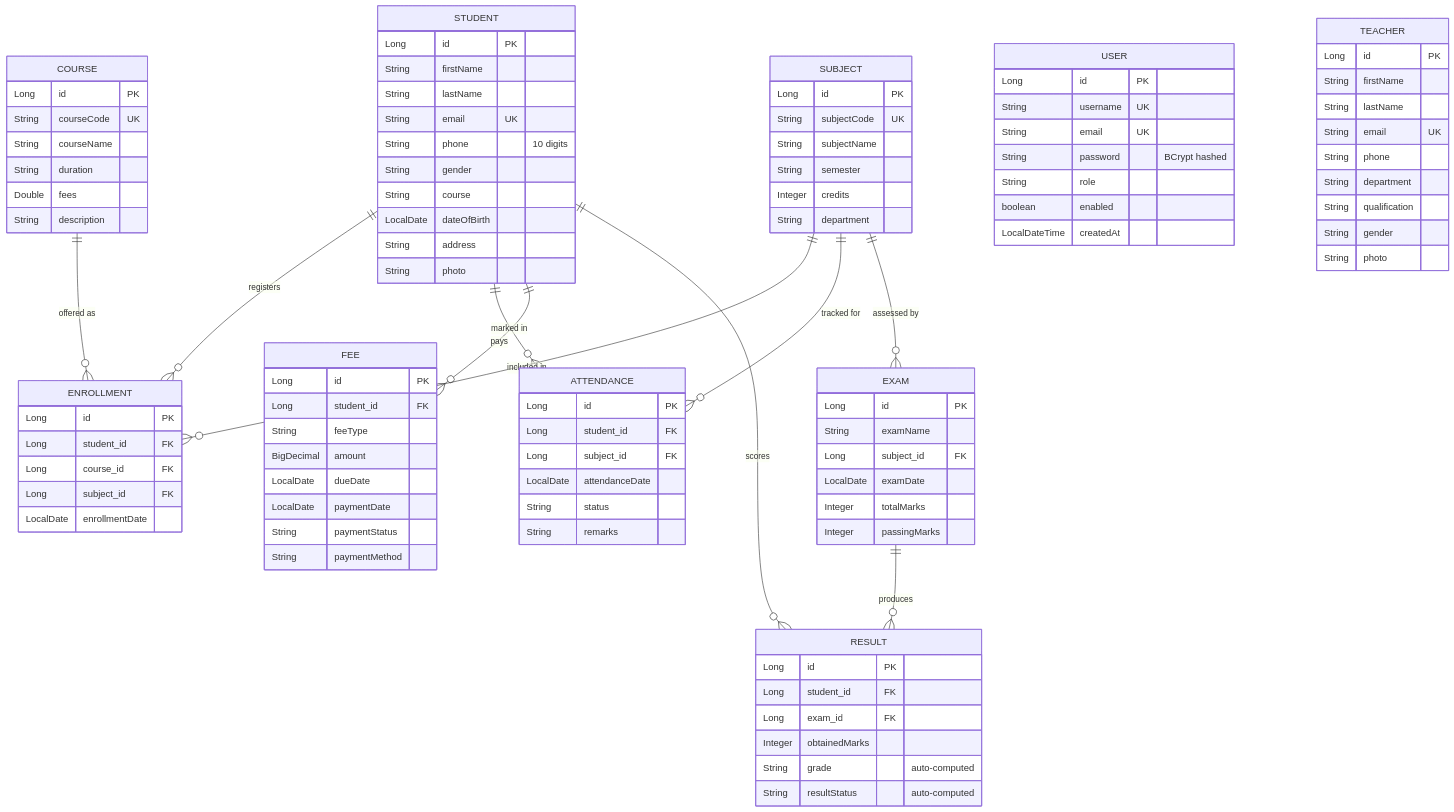
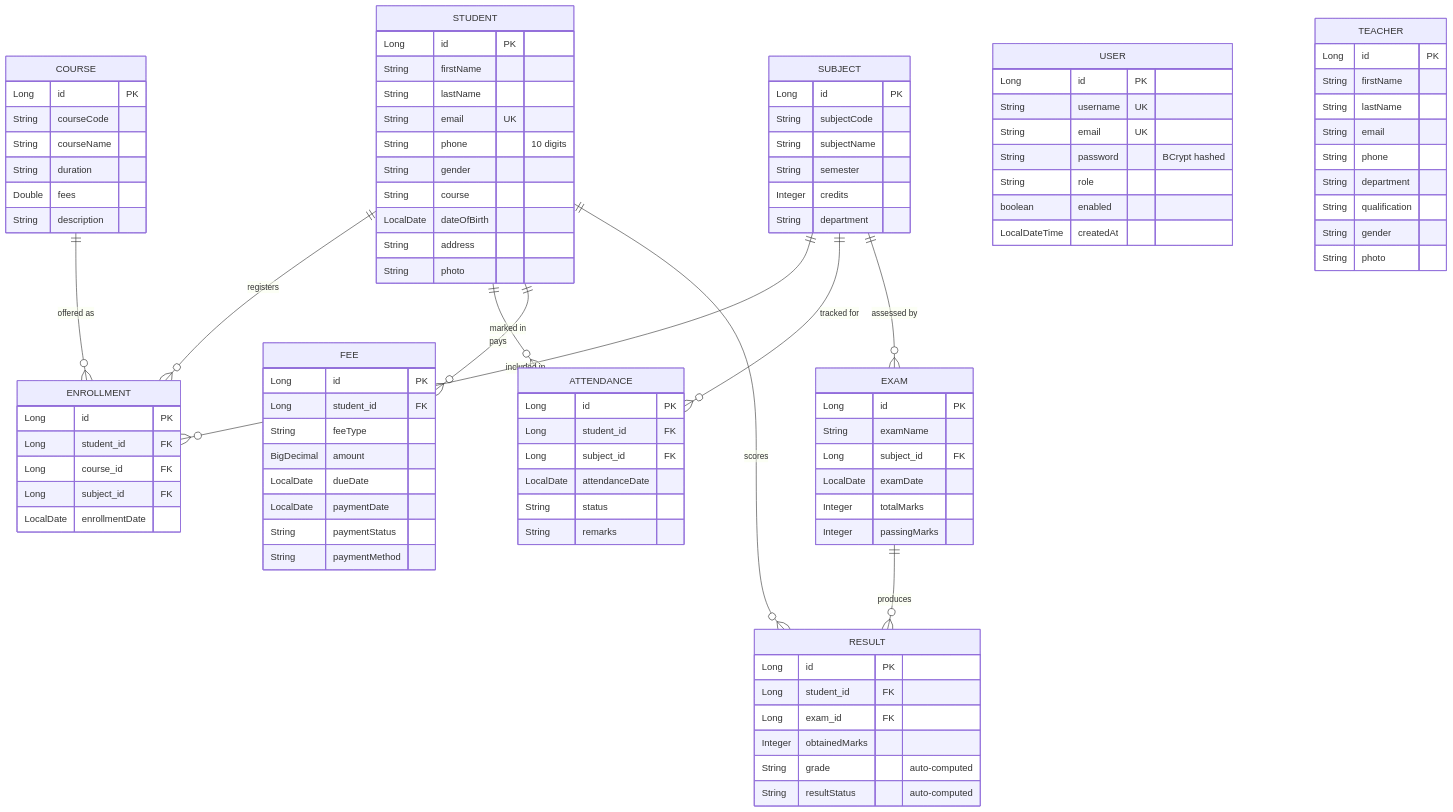
One commit to anurag-joshi-1403/StudentManagementSystem changed the second of 5 diagrams in PROJECT_ROADMAP.md. Above: the diagram before and after it, drawn with Mermaid. The commit also changed other lines of this file, not shown here.

Commit message:
update PROJECT_ROADMAP.md with new metrics and verification date

```diff
--- a/PROJECT_ROADMAP.md
+++ b/PROJECT_ROADMAP.md
@@ -204,7 +204,7 @@
         Long id PK
         String firstName
         String lastName
-        String email UK
+        String email
         String phone
         String department
         String qualification
@@ -213,7 +213,7 @@
     }
     COURSE {
         Long id PK
-        String courseCode UK
+        String courseCode
         String courseName
         String duration
         Double fees
@@ -221,7 +221,7 @@
     }
     SUBJECT {
         Long id PK
-        String subjectCode UK
+        String subjectCode
         String subjectName
         String semester
         Integer credits
```
